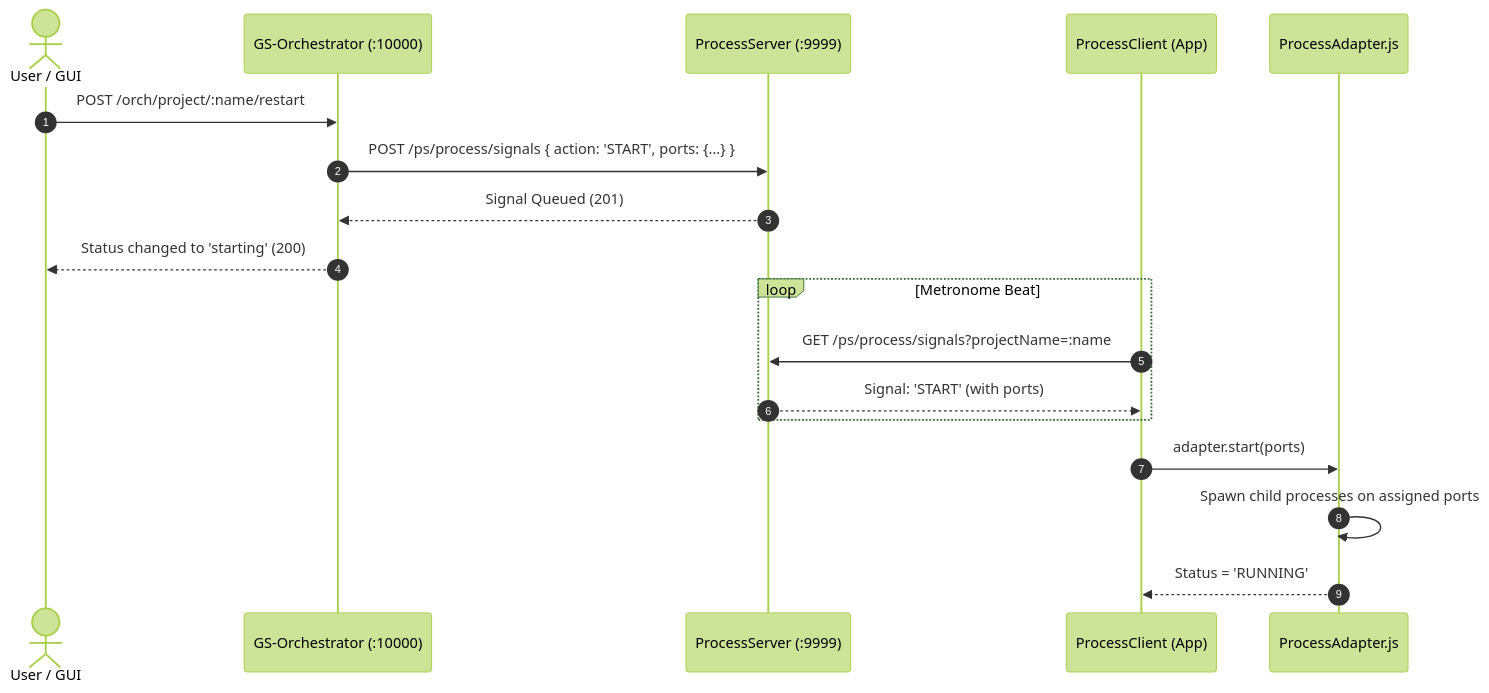
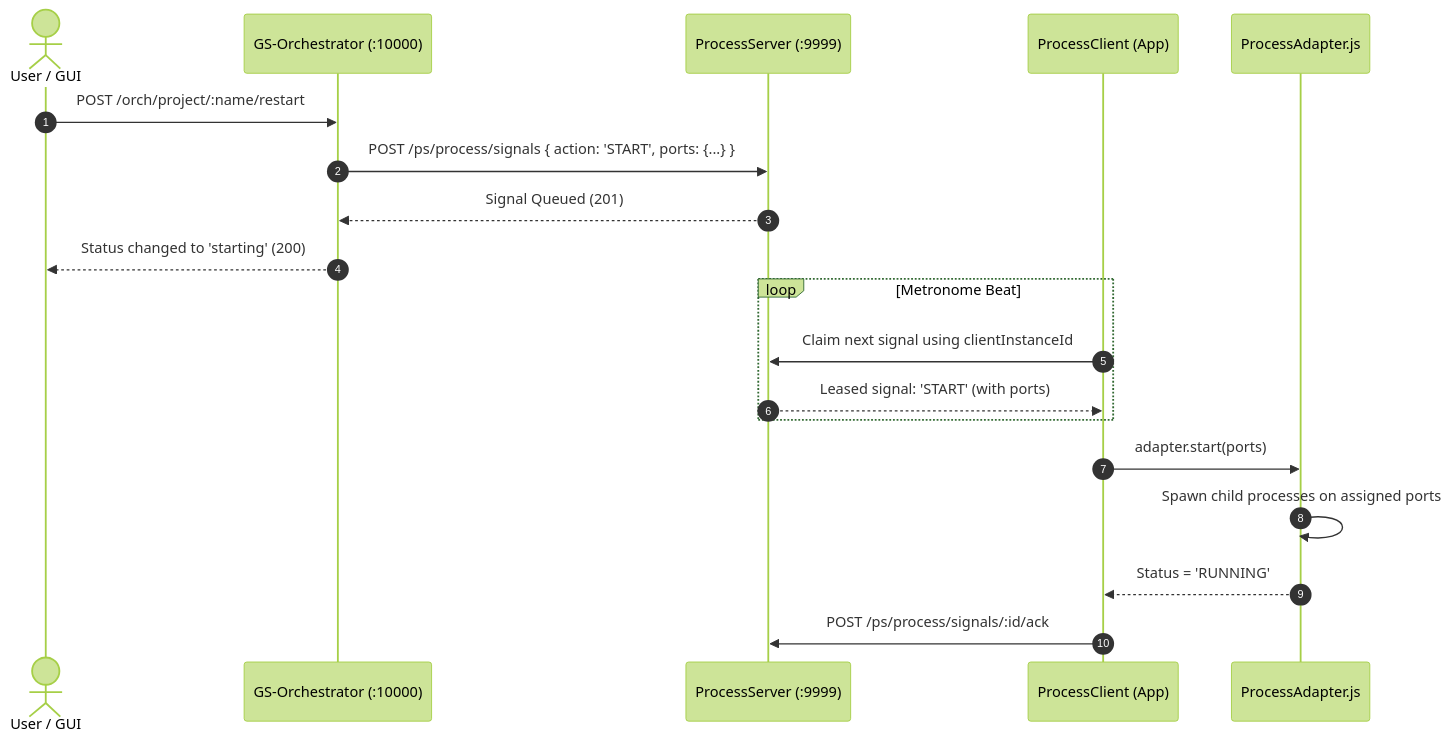
Before and after one commit to carltham/GS-Orchestrator: the third of 4 diagrams in architecture/today.md, drawn with Mermaid (forest theme). The commit also changed other lines of this file and 23 other files, not shown here.

First line of the commit message:
feat(signals): add reliable leased command delivery

````diff
--- a/architecture/today.md
+++ b/architecture/today.md
@@ -113,23 +113,24 @@
 ```mermaid
 sequenceDiagram
     autonumber
     actor User as User / GUI
     participant Orch as GS-Orchestrator (:10000)
     participant PS as ProcessServer (:9999)
     participant Client as ProcessClient (App)
     participant Adapter as ProcessAdapter.js
 
     User->>Orch: POST /orch/project/:name/restart
     Orch->>PS: POST /ps/process/signals { action: 'START', ports: {...} }
     PS-->>Orch: Signal Queued (201)
     Orch-->>User: Status changed to 'starting' (200)
 
     loop Metronome Beat
-        Client->>PS: GET /ps/process/signals?projectName=:name
-        PS-->>Client: Signal: 'START' (with ports)
+        Client->>PS: Claim next signal using clientInstanceId
+        PS-->>Client: Leased signal: 'START' (with ports)
     end
 
     Client->>Adapter: adapter.start(ports)
     Adapter->>Adapter: Spawn child processes on assigned ports
     Adapter-->>Client: Status = 'RUNNING'
+    Client->>PS: POST /ps/process/signals/:id/ack
 ```
````
